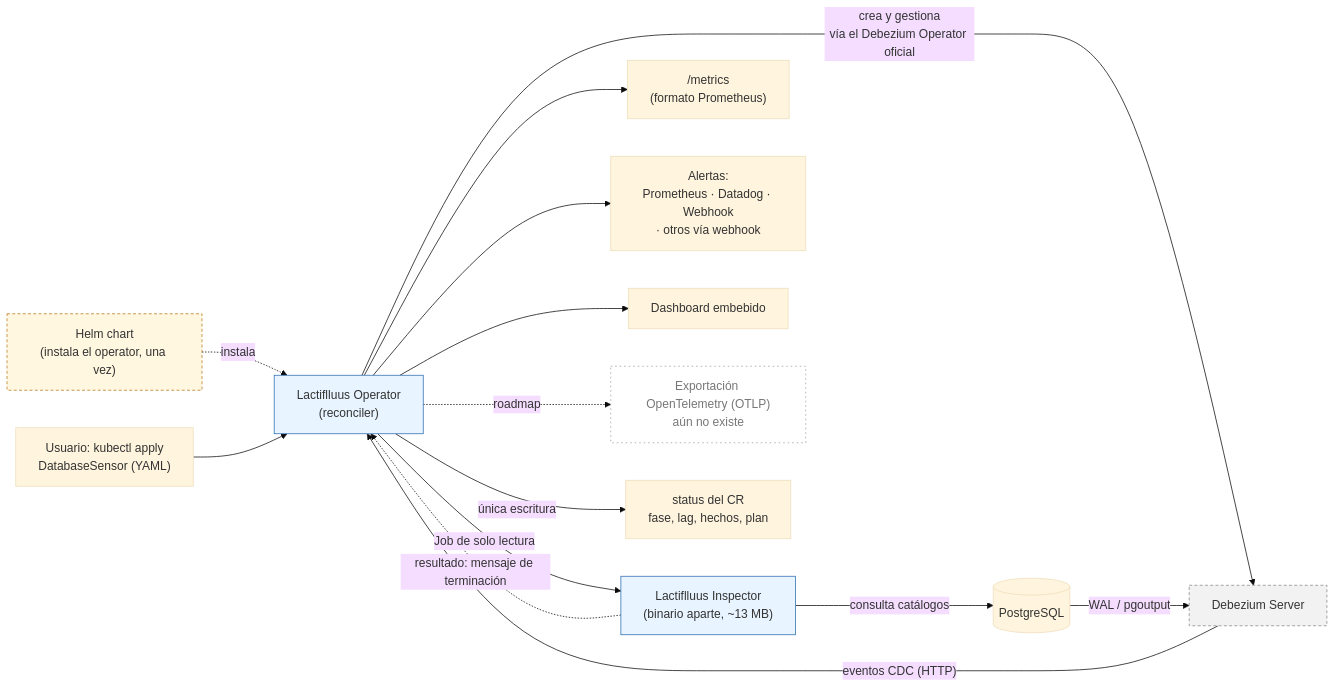
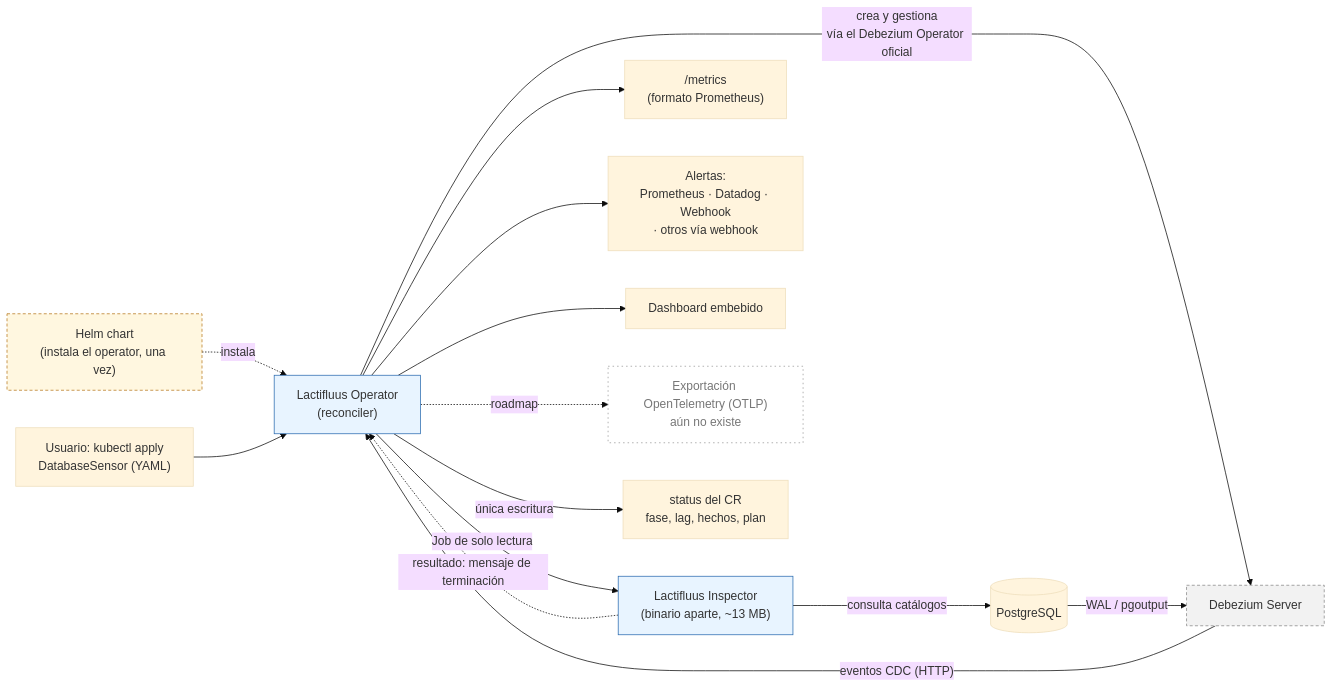
One commit to mercadoalex/db-sensor-operator changed the first of 3 diagrams in docs/overview/stakeholder-brief_spanish.md. Above: the diagram before and after it, drawn with Mermaid (base theme). The commit also changed other lines of this file and 23 other files, not shown here.

````diff
--- a/docs/overview/stakeholder-brief_spanish.md
+++ b/docs/overview/stakeholder-brief_spanish.md
@@ -47,24 +48,24 @@
 ```mermaid
 flowchart LR
     H["Helm chart<br/>(instala el operator, una vez)"] -.->|"instala"| OP
-    U["Usuario: kubectl apply<br/>DatabaseSensor (YAML)"] --> OP["Lactiflluus Operator<br/>(reconciler)"]
+    U["Usuario: kubectl apply<br/>DatabaseSensor (YAML)"] --> OP["Lactifluus Operator<br/>(reconciler)"]
     OP -->|"crea y gestiona<br/>vía el Debezium Operator oficial"| DBZ["Debezium Server"]
-    OP -->|"Job de solo lectura"| INS["Lactiflluus Inspector<br/>(binario aparte, ~13 MB)"]
+    OP -->|"Job de solo lectura"| INS["Lactifluus Inspector<br/>(binario aparte, ~13 MB)"]
     DB[("PostgreSQL")] -->|"WAL / pgoutput"| DBZ
     INS -->|"consulta catálogos"| DB
     DBZ -->|"eventos CDC (HTTP)"| OP
     OP --> M["/metrics<br/>(formato Prometheus)"]
     OP --> AL["Alertas:<br/>Prometheus · Datadog · Webhook<br/>· otros vía webhook"]
     OP --> DASH["Dashboard embebido"]
     OP -.->|"roadmap"| OT["Exportación OpenTelemetry (OTLP)<br/>aún no existe"]
     OP -->|"única escritura"| ST["status del CR<br/>fase, lag, hechos, plan"]
     INS -.->|"resultado: mensaje de terminación"| OP
     classDef ours fill:#e8f4ff,stroke:#2b6cb0;
     classDef upstream fill:#f2f2f2,stroke:#888,stroke-dasharray: 4 3;
     classDef deploy fill:#fff7e0,stroke:#b7791f,stroke-dasharray: 4 3;
     classDef planned fill:#fff,stroke:#999,stroke-dasharray: 2 4,color:#777;
     class OP,INS ours;
     class DBZ upstream;
     class H deploy;
     class OT planned;
 ```
````
